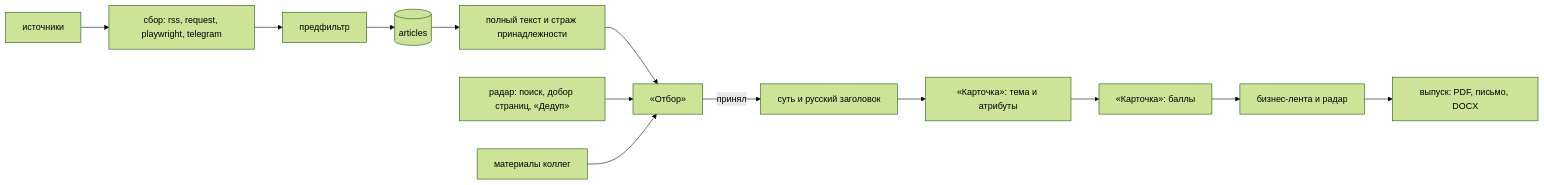
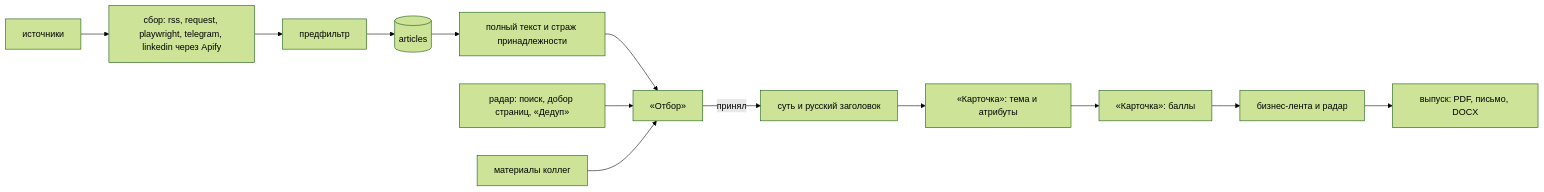
The diagram in docs/architecture.md (electromop/oiltech-digest), drawn with Mermaid (forest theme) before and after one commit. The commit also changed other lines of this file and 30 other files, not shown here.

First line of the commit message:
Сбор: страницы LinkedIn через сервис Apify (компании и профили экспертов) (#210)

````diff
--- a/docs/architecture.md
+++ b/docs/architecture.md
@@ -78,15 +79,15 @@
 ```mermaid
 flowchart LR
-  SRC["источники"] --> PARSE["сбор: rss, request, playwright, telegram"]
+  SRC["источники"] --> PARSE["сбор: rss, request, playwright, telegram, linkedin через Apify"]
   PARSE --> PREF["предфильтр"]
   PREF --> ART[("articles")]
   ART --> FULL["полный текст и страж принадлежности"]
   FULL --> OTB["«Отбор»"]
   RAD["радар: поиск, добор страниц, «Дедуп»"] --> OTB
   BOT["материалы коллег"] --> OTB
   OTB -->|принял| SUM["суть и русский заголовок"]
   SUM --> CARD["«Карточка»: тема и атрибуты"]
   CARD --> SC["«Карточка»: баллы"]
   SC --> UI["бизнес-лента и радар"]
   UI --> DIG["выпуск: PDF, письмо, DOCX"]
 ```
````
